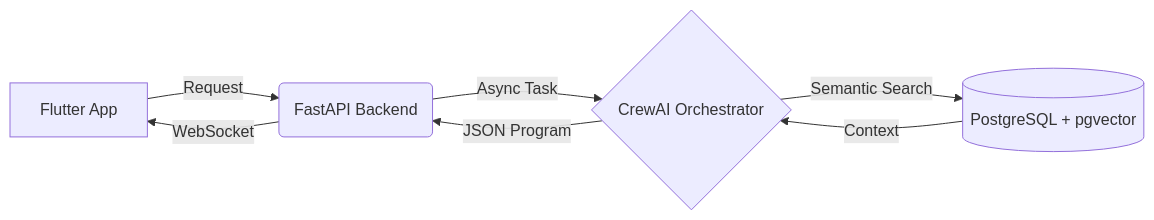
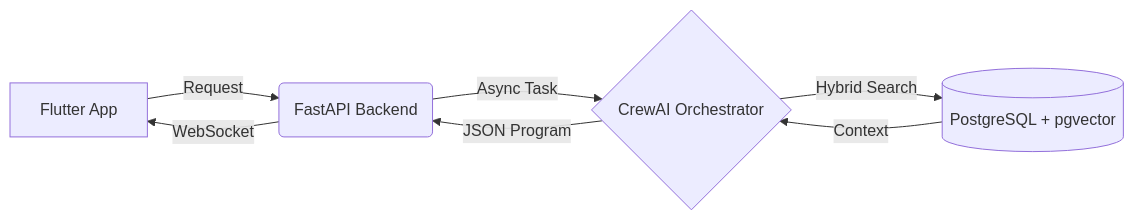
One commit to EmanueleCeglia/LazyTrainerApp changed the diagram in README.md. Above: the diagram before and after it, drawn with Mermaid. The commit also changed other lines of this file, not shown here.

Commit message:
Docs: Update README with new architecture and seeding info

````diff
--- a/README.md
+++ b/README.md
@@ -13,10 +13,10 @@
 ```mermaid
 graph LR
     A[Flutter App] -->|Request| B(FastAPI Backend)
     B -->|Async Task| C{CrewAI Orchestrator}
-    C -->|Semantic Search| D[(PostgreSQL + pgvector)]
+    C -->|Hybrid Search| D[(PostgreSQL + pgvector)]
     D -->|Context| C
     C -->|JSON Program| B
     B -->|WebSocket| A
 
 ```
````
